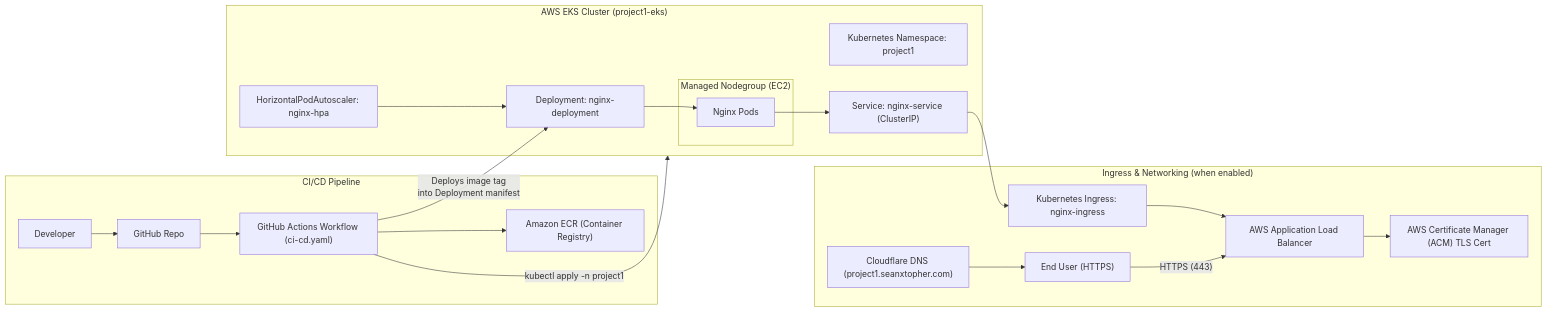
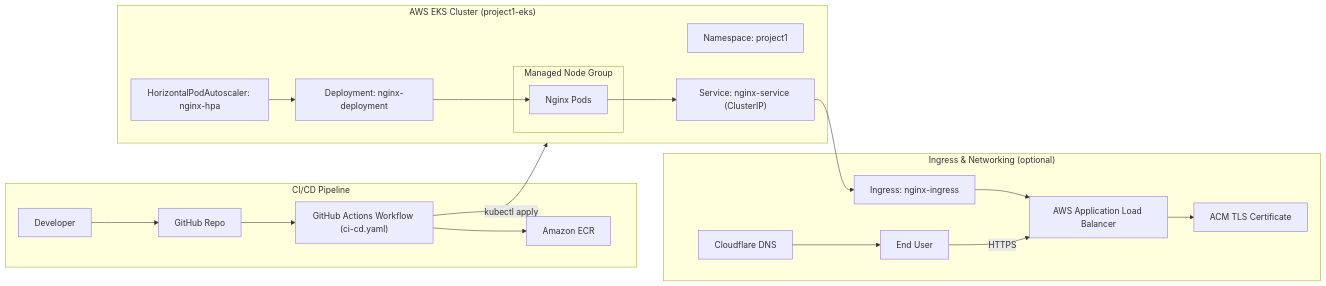
The diagram in README.md (theseanchristopher/project1-eks-nginx-github-actions), drawn with Mermaid before and after one commit. The commit also changed other lines of this file, not shown here.

````diff
--- a/README.md
+++ b/README.md
@@ -13,44 +17,42 @@
 ```mermaid
 flowchart LR
     subgraph Dev["CI/CD Pipeline"]
         DevUser["Developer"]
         GitHub["GitHub Repo"]
         Actions["GitHub Actions Workflow (ci-cd.yaml)"]
-        ECR["Amazon ECR (Container Registry)"]
+        ECR["Amazon ECR"]
     end
 
     subgraph EKS["AWS EKS Cluster (project1-eks)"]
-        NS["Kubernetes Namespace: project1"]
+        NS["Namespace: project1"]
         Deploy["Deployment: nginx-deployment"]
         HPA["HorizontalPodAutoscaler: nginx-hpa"]
         Svc["Service: nginx-service (ClusterIP)"]
-        subgraph Nodes["Managed Nodegroup (EC2)"]
+        subgraph Nodes["Managed Node Group"]
             Pods["Nginx Pods"]
         end
     end
 
-    subgraph Network["Ingress & Networking (when enabled)"]
-        Ingress["Kubernetes Ingress: nginx-ingress"]
+    subgraph Network["Ingress & Networking (optional)"]
+        Ingress["Ingress: nginx-ingress"]
         ALB["AWS Application Load Balancer"]
-        ACM["AWS Certificate Manager (ACM) TLS Cert"]
-        DNS["Cloudflare DNS (project1.seanxtopher.com)"]
-        User["End User (HTTPS)"]
+        ACM["ACM TLS Certificate"]
+        DNS["Cloudflare DNS"]
+        User["End User"]
     end
 
     DevUser --> GitHub
     GitHub --> Actions
     Actions --> ECR
-    Actions -->|"kubectl apply -n project1"| EKS
-
-    Actions -->|"Deploys image tag\ninto Deployment manifest"| Deploy
+    Actions -->|"kubectl apply"| EKS
 
     Deploy --> Pods
     Pods --> Svc
     HPA --> Deploy
 
     Svc --> Ingress
     Ingress --> ALB
     ALB --> ACM
     DNS --> User
-    User -->|"HTTPS (443)"| ALB
+    User -->|"HTTPS"| ALB
 ```
````
